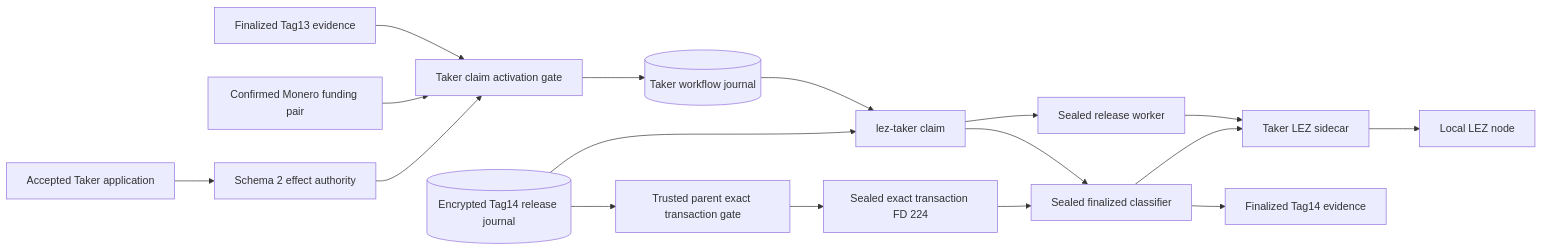
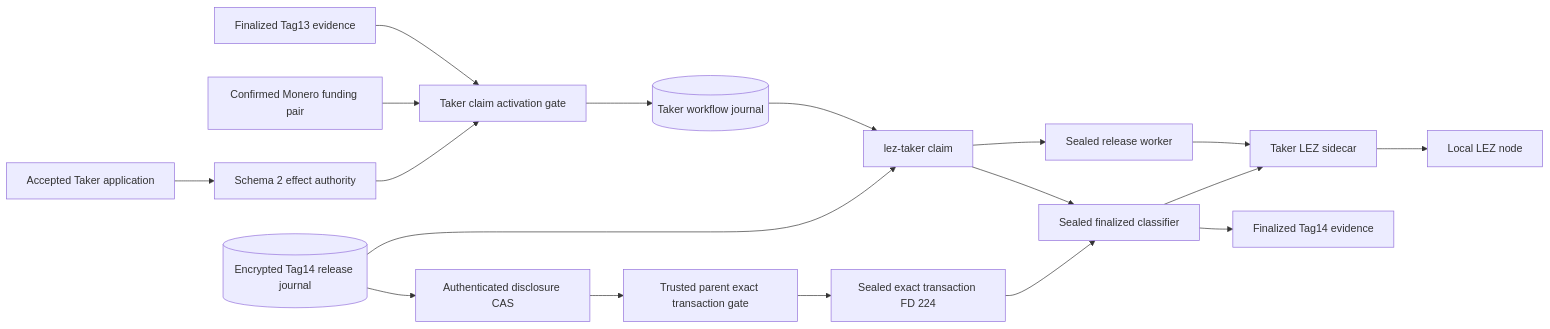
The first of 2 diagrams in docs/architecture/0173-activate-and-observe-taker-tag14-from-receipt-v2.md (gateway-fm/lez-atomic-swaps), drawn with Mermaid before and after one commit. The commit also changed other lines of this file and 3 other files, not shown here.

````diff
--- a/docs/architecture/0173-activate-and-observe-taker-tag14-from-receipt-v2.md
+++ b/docs/architecture/0173-activate-and-observe-taker-tag14-from-receipt-v2.md
@@ -39,19 +39,20 @@
 ```mermaid
 flowchart LR
     Tag13[Finalized Tag13 evidence] --> Gate[Taker claim activation gate]
     Monero[Confirmed Monero funding pair] --> Gate
     Receipt[Accepted Taker application] --> Authority[Schema 2 effect authority]
     Authority --> Gate
     Gate --> Workflow[(Taker workflow journal)]
     Workflow --> CLI[lez-taker claim]
     Journal[(Encrypted Tag14 release journal)] --> CLI
     CLI --> Worker[Sealed release worker]
     Worker --> Sidecar[Taker LEZ sidecar]
     Sidecar --> LEZ[Local LEZ node]
-    Journal --> Parent[Trusted parent exact transaction gate]
+    Journal --> Disclosure[Authenticated disclosure CAS]
+    Disclosure --> Parent[Trusted parent exact transaction gate]
     Parent --> FD[Sealed exact transaction FD 224]
     FD --> Observer
     CLI --> Observer[Sealed finalized classifier]
     Observer --> Sidecar
     Observer --> Evidence[Finalized Tag14 evidence]
 ```
````
